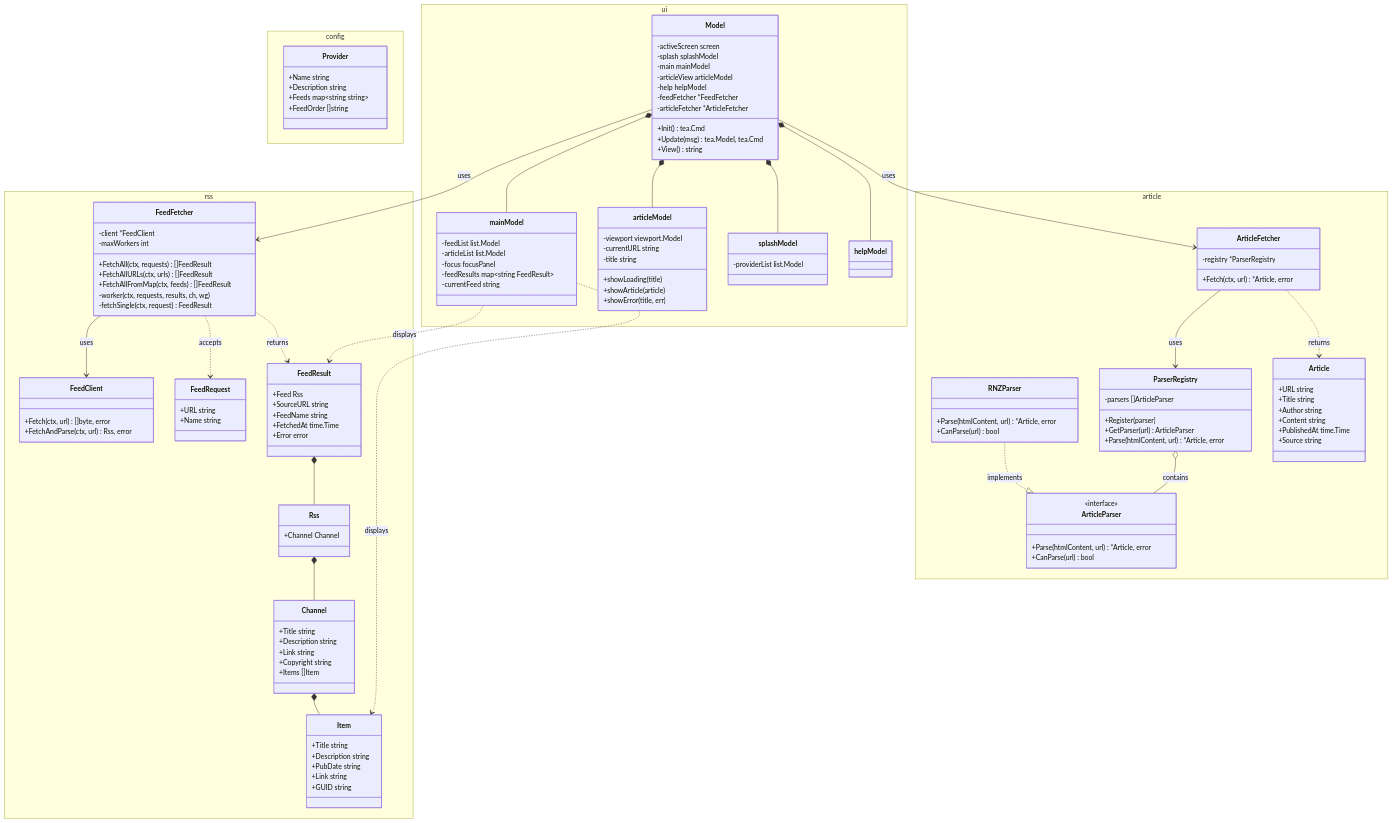
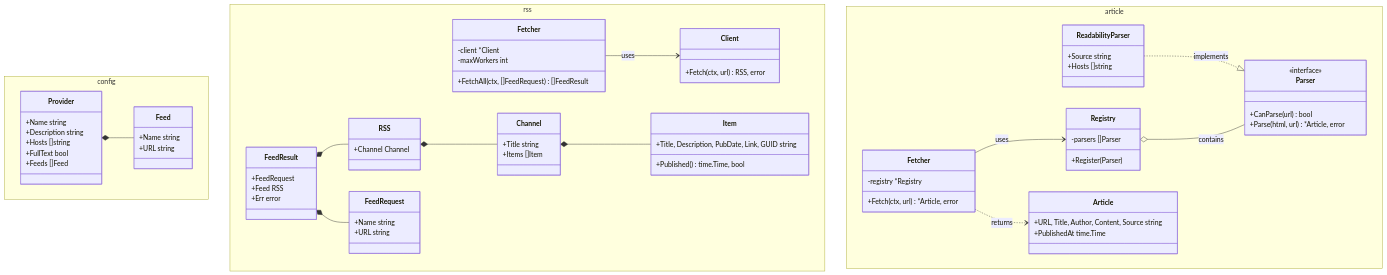
Before and after one commit to kralkapoor/knews: the second of 8 diagrams in ARCHITECTURE.md, drawn with Mermaid. The commit also changed other lines of this file and 36 other files, not shown here.

````diff
--- a/ARCHITECTURE.md
+++ b/ARCHITECTURE.md
@@ -101,157 +110,85 @@
 ```mermaid
 classDiagram
     direction TB
-
-    namespace rss {
-        class FeedClient {
-            +Fetch(ctx, url) []byte, error
-            +FetchAndParse(ctx, url) Rss, error
-        }
-
-        class FeedFetcher {
-            -client *FeedClient
-            -maxWorkers int
-            +FetchAll(ctx, requests) []FeedResult
-            +FetchAllURLs(ctx, urls) []FeedResult
-            +FetchAllFromMap(ctx, feeds) []FeedResult
-            -worker(ctx, requests, results, ch, wg)
-            -fetchSingle(ctx, request) FeedResult
-        }
-
-        class Rss {
-            +Channel Channel
-        }
-
-        class Channel {
-            +Title string
-            +Description string
-            +Link string
-            +Copyright string
-            +Items []Item
-        }
-
-        class Item {
-            +Title string
-            +Description string
-            +PubDate string
-            +Link string
-            +GUID string
-        }
-
-        class FeedRequest {
-            +URL string
-            +Name string
-        }
-
-        class FeedResult {
-            +Feed Rss
-            +SourceURL string
-            +FeedName string
-            +FetchedAt time.Time
-            +Error error
-        }
-    }
-
-    namespace article {
-        class ArticleParser {
-            <<interface>>
-            +Parse(htmlContent, url) *Article, error
-            +CanParse(url) bool
-        }
-
-        class ParserRegistry {
-            -parsers []ArticleParser
-            +Register(parser)
-            +GetParser(url) ArticleParser
-            +Parse(htmlContent, url) *Article, error
-        }
-
-        class ArticleFetcher {
-            -registry *ParserRegistry
-            +Fetch(ctx, url) *Article, error
-        }
-
-        class RNZParser {
-            +Parse(htmlContent, url) *Article, error
-            +CanParse(url) bool
-        }
-
-        class Article {
-            +URL string
-            +Title string
-            +Author string
-            +Content string
-            +PublishedAt time.Time
-            +Source string
-        }
-    }
 
     namespace config {
         class Provider {
             +Name string
             +Description string
-            +Feeds map~string string~
-            +FeedOrder []string
+            +Hosts []string
+            +FullText bool
+            +Feeds []Feed
+        }
+        class Feed {
+            +Name string
+            +URL string
         }
     }
 
-    namespace ui {
-        class Model {
-            -activeScreen screen
-            -splash splashModel
-            -main mainModel
-            -articleView articleModel
-            -help helpModel
-            -feedFetcher *FeedFetcher
-            -articleFetcher *ArticleFetcher
-            +Init() tea.Cmd
-            +Update(msg) tea.Model, tea.Cmd
-            +View() string
+    namespace rss {
+        class Client {
+            +Fetch(ctx, url) RSS, error
         }
-
-        class mainModel {
-            -feedList list.Model
-            -articleList list.Model
-            -focus focusPanel
-            -feedResults map~string FeedResult~
-            -currentFeed string
+        class Fetcher {
+            -client *Client
+            -maxWorkers int
+            +FetchAll(ctx, []FeedRequest) []FeedResult
         }
-
-        class articleModel {
-            -viewport viewport.Model
-            -currentURL string
-            -title string
-            +showLoading(title)
-            +showArticle(article)
-            +showError(title, err)
+        class RSS {
+            +Channel Channel
         }
-
-        class splashModel {
-            -providerList list.Model
+        class Channel {
+            +Title string
+            +Items []Item
         }
-
-        class helpModel {
+        class Item {
+            +Title, Description, PubDate, Link, GUID string
+            +Published() time.Time, bool
+        }
+        class FeedRequest {
+            +Name string
+            +URL string
+        }
+        class FeedResult {
+            +FeedRequest
+            +Feed RSS
+            +Err error
         }
     }
 
-    Rss *-- Channel
+    namespace article {
+        class Parser {
+            <<interface>>
+            +CanParse(url) bool
+            +Parse(html, url) *Article, error
+        }
+        class Registry {
+            -parsers []Parser
+            +Register(Parser)
+        }
+        class ArticleFetcher["Fetcher"] {
+            -registry *Registry
+            +Fetch(ctx, url) *Article, error
+        }
+        class ReadabilityParser {
+            +Source string
+            +Hosts []string
+        }
+        class Article {
+            +URL, Title, Author, Content, Source string
+            +PublishedAt time.Time
+        }
+    }
+
+    Provider *-- Feed
+    RSS *-- Channel
     Channel *-- Item
-    FeedFetcher --> FeedClient : uses
-    FeedFetcher ..> FeedRequest : accepts
-    FeedFetcher ..> FeedResult : returns
-    FeedResult *-- Rss
+    Fetcher --> Client : uses
+    FeedResult *-- FeedRequest
+    FeedResult *-- RSS
 
-    RNZParser ..|> ArticleParser : implements
-    ParserRegistry o-- ArticleParser : contains
-    ArticleFetcher --> ParserRegistry : uses
+    ReadabilityParser ..|> Parser : implements
+    Registry o-- Parser : contains
+    ArticleFetcher --> Registry : uses
     ArticleFetcher ..> Article : returns
-
-    Model --> FeedFetcher : uses
-    Model --> ArticleFetcher : uses
-    Model *-- splashModel
-    Model *-- mainModel
-    Model *-- articleModel
-    Model *-- helpModel
-    mainModel ..> FeedResult : displays
-    mainModel ..> Item : displays
 ```
````
